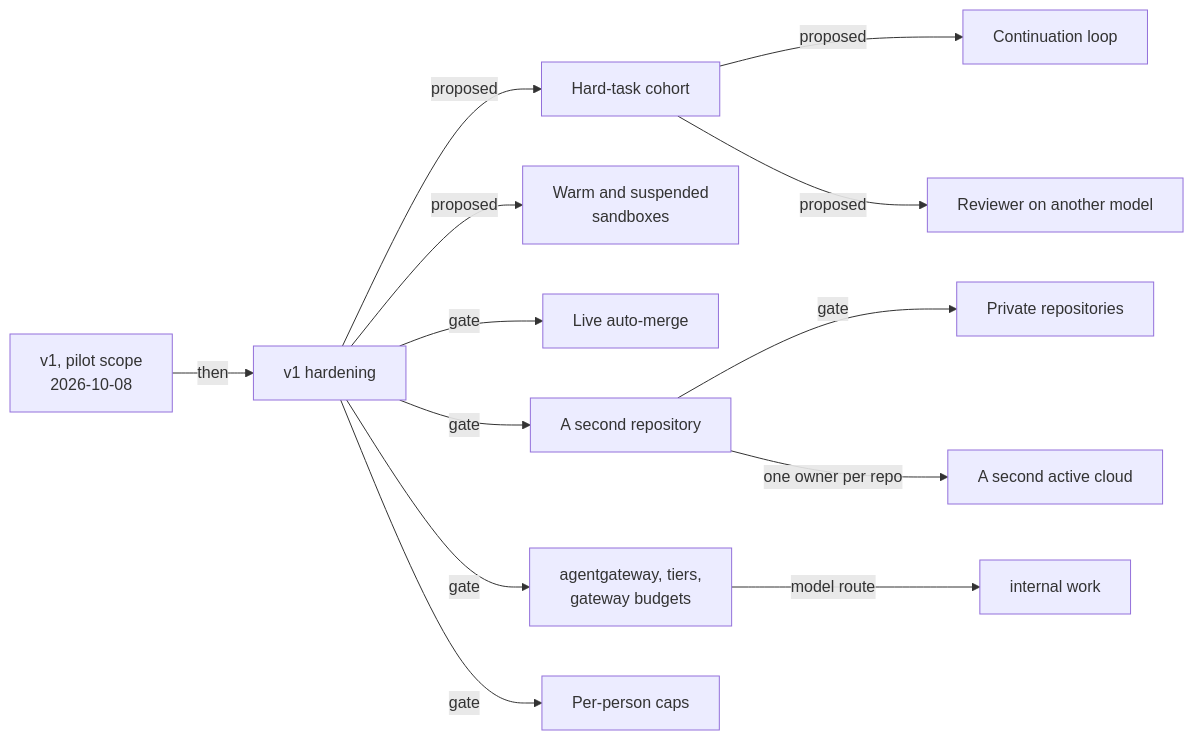
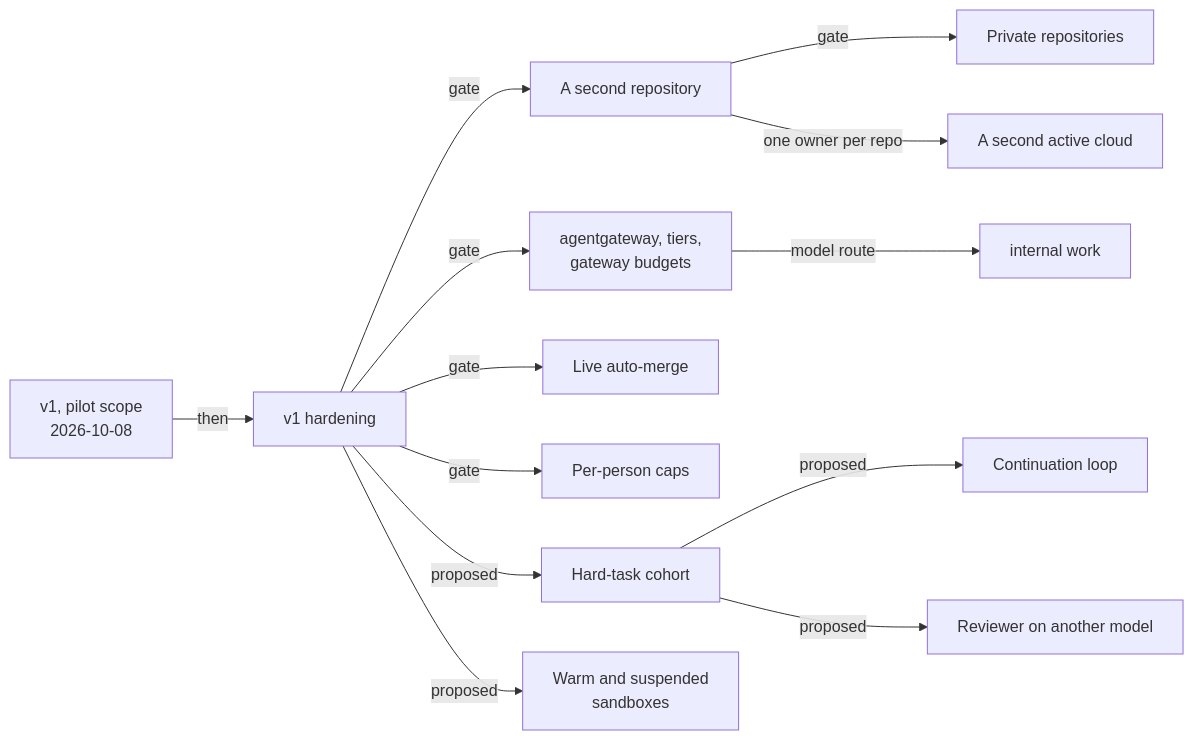
The diagram in website/content/docs/platform/ai-platform/status.md (Smana/cloud-native-ref), drawn with Mermaid before and after one commit. The commit also changed other lines of this file and 2 other files, not shown here.

````diff
--- a/website/content/docs/platform/ai-platform/status.md
+++ b/website/content/docs/platform/ai-platform/status.md
@@ -237,15 +239,15 @@
 ```mermaid
 flowchart LR
   v1["v1, pilot scope<br/>2026-10-08"] -->|then| hard["v1 hardening"]
+  hard -->|gate| repo["A second repository"]
+  repo -->|gate| priv["Private repositories"]
+  hard -->|gate| gw["agentgateway, tiers,<br/>gateway budgets"]
+  gw -->|model route| internal["internal work"]
+  hard -->|gate| merge["Live auto-merge"]
+  hard -->|gate| caps["Per-person caps"]
+  repo -->|one owner per repo| cloud["A second active cloud"]
   hard -->|proposed| cohort["Hard-task cohort"]
   cohort -->|proposed| loop["Continuation loop"]
   cohort -->|proposed| rev["Reviewer on another model"]
   hard -->|proposed| warm["Warm and suspended<br/>sandboxes"]
-  hard -->|gate| merge["Live auto-merge"]
-  hard -->|gate| repo["A second repository"]
-  repo -->|gate| priv["Private repositories"]
-  repo -->|one owner per repo| cloud["A second active cloud"]
-  hard -->|gate| gw["agentgateway, tiers,<br/>gateway budgets"]
-  gw -->|model route| internal["internal work"]
-  hard -->|gate| caps["Per-person caps"]
 ```
````
